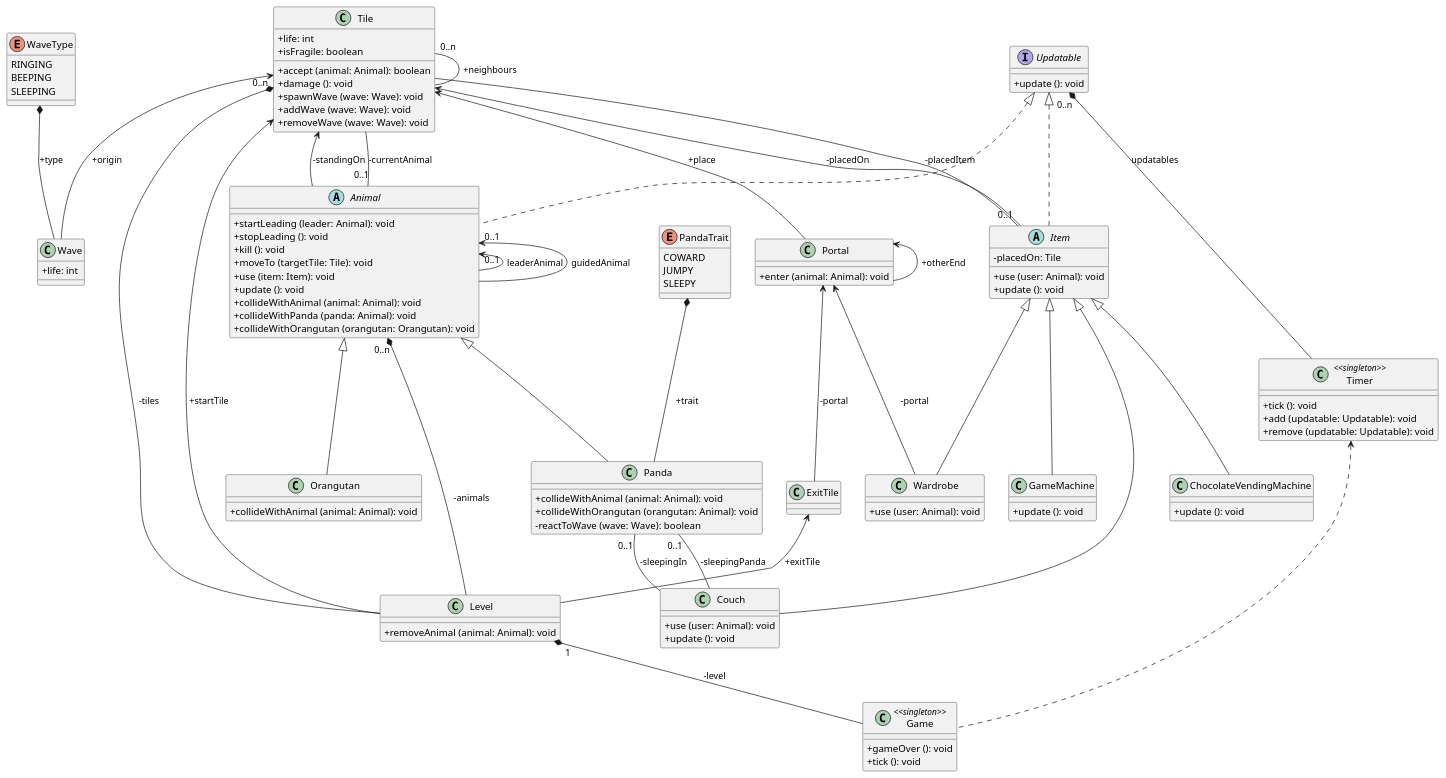
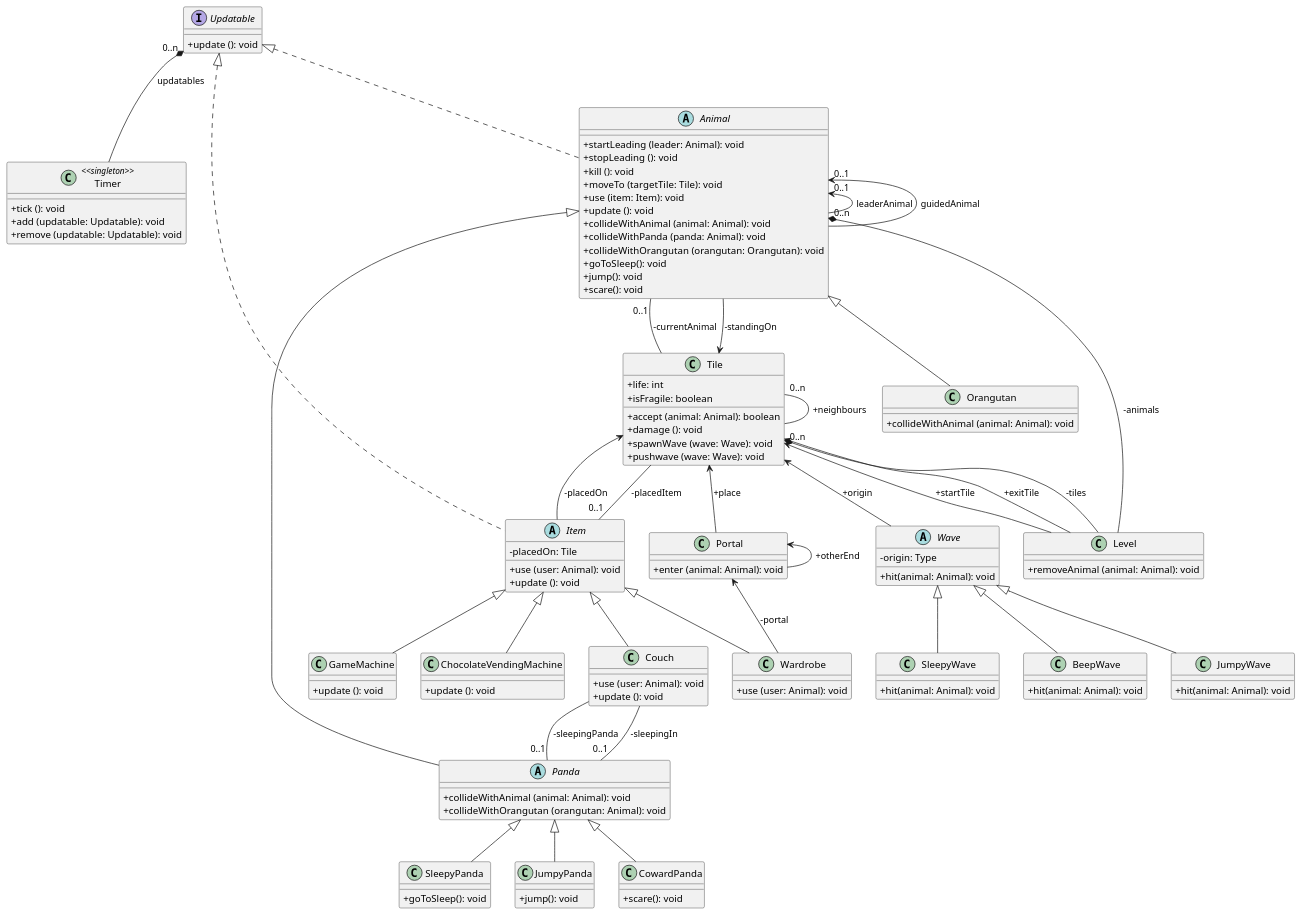
The diagram in 3-analysis-modell/java/src/main/plantuml/ClassDiagram.puml (bokovhu/software-project-laboratory-assignment), drawn with PlantUML before and after one commit. The commit also changed 2 other files, not shown here.

```diff
--- a/3-analysis-modell/java/src/main/plantuml/ClassDiagram.puml
+++ b/3-analysis-modell/java/src/main/plantuml/ClassDiagram.puml
@@ -1,172 +1,175 @@
 @startuml
 
 skinparam classAttributeIconSize 0
 skinparam guillemet false
-
-' =====
-' Enums
-' =====
-
-enum WaveType {
-    RINGING
-    BEEPING
-    SLEEPING
-}
-
-enum PandaTrait {
-    COWARD
-    JUMPY
-    SLEEPY
-}
 
 ' ==========
 ' Interfaces
 ' ==========
 
 interface Updatable {
     +update (): void
 }
 
 ' =======
 ' Classes
 ' =======
 
 class Timer <<singleton>> {
     +tick (): void
     +add (updatable: Updatable): void
     +remove (updatable: Updatable): void
 }
 
-class Game <<singleton>> {
-    +gameOver (): void
-    +tick (): void
-}
-
 class Level {
     +removeAnimal (animal: Animal): void
 }
 
 class Tile {
     +life: int
     +isFragile: boolean
     +accept (animal: Animal): boolean
     +damage (): void
     +spawnWave (wave: Wave): void
-    +addWave (wave: Wave): void
-    +removeWave (wave: Wave): void
-}
-
-class ExitTile {
+    +pushwave (wave: Wave): void
 }
 
 abstract class Animal {
     +startLeading (leader: Animal): void
     +stopLeading (): void
     +kill (): void
     +moveTo (targetTile: Tile): void
     +use (item: Item): void
     +update (): void
     +collideWithAnimal (animal: Animal): void
     +collideWithPanda (panda: Animal): void
     +collideWithOrangutan (orangutan: Orangutan): void
+    +goToSleep(): void
+    +jump(): void
+    +scare(): void
 }
 
 abstract class Item {
     -placedOn: Tile
     +use (user: Animal): void
     +update (): void
 }
 
-class Panda {
+abstract class Panda {
     +collideWithAnimal (animal: Animal): void
     +collideWithOrangutan (orangutan: Animal): void
-    -reactToWave (wave: Wave): boolean
+}
+
+class SleepyPanda {
+    +goToSleep(): void
+}
+
+class JumpyPanda {
+    +jump(): void
+}
+
+class CowardPanda {
+    +scare(): void
 }
 
 class Orangutan {
     +collideWithAnimal (animal: Animal): void
 }
 
 class Couch {
     +use (user: Animal): void
     +update (): void
 }
 
 class GameMachine {
     +update (): void
 }
 
 class ChocolateVendingMachine {
     +update (): void
 }
 
 class Wardrobe {
     +use (user: Animal): void
 }
 
 class Portal {
     +enter (animal: Animal): void
 }
 
-class Wave {
-    +life: int
+abstract class Wave {
+    -origin: Type
+    +hit(animal: Animal): void
 }
 
+class SleepyWave{
+    +hit(animal: Animal): void
+}
+
+class BeepWave{
+    +hit(animal: Animal): void
+}
+
+class JumpyWave{
+    +hit(animal: Animal): void
+}
 ' ===========
 ' Inheritance
 ' ===========
 
 Updatable <|.. Animal
 Updatable <|.. Item
 
 Animal <|-- Panda
+Panda<|-- SleepyPanda
+Panda<|-- JumpyPanda
+Panda<|-- CowardPanda
 Animal <|-- Orangutan
 
 Item <|-- Couch
 Item <|-- GameMachine
 Item <|-- ChocolateVendingMachine
 Item <|-- Wardrobe
+
+Wave<|-- JumpyWave
+Wave<|-- SleepyWave
+Wave<|-- BeepWave
 
 ' ============
 ' Compositions
 ' ============
 
 Updatable "0..n" *-- Timer : updatables
 Tile "0..n" *-- Level : -tiles
 Animal "0..n" *-- Level : -animals
-Level "1" *-- Game: -level
-WaveType *-- Wave : +type
-PandaTrait *-- Panda : +trait
 
 ' ============
 ' Associations
 ' ============
 
 Tile "0..n" -- Tile : +neighbours
 
 Tile <-- Animal : -standingOn
 Animal "0..1" -- Tile : -currentAnimal
 
 Animal "0..1" <-- Animal : leaderAnimal
 Animal "0..1" <-- Animal : guidedAnimal
 
 Tile <-- Item : -placedOn
 Item "0..1" -- Tile : -placedItem
 
 Panda "0..1" -- Couch : -sleepingPanda
 Couch -- "0..1" Panda : -sleepingIn
 
 Tile <-- Wave : +origin
 
 Portal <-- Portal : +otherEnd
 Tile <-- Portal : +place
 
-Portal <-- ExitTile : -portal
 Portal <-- Wardrobe : -portal
 
-Timer <.. Game
 
 Tile <-- Level : +startTile
-ExitTile <-- Level : +exitTile
+Tile <-- Level : +exitTile
 
 @enduml
```
